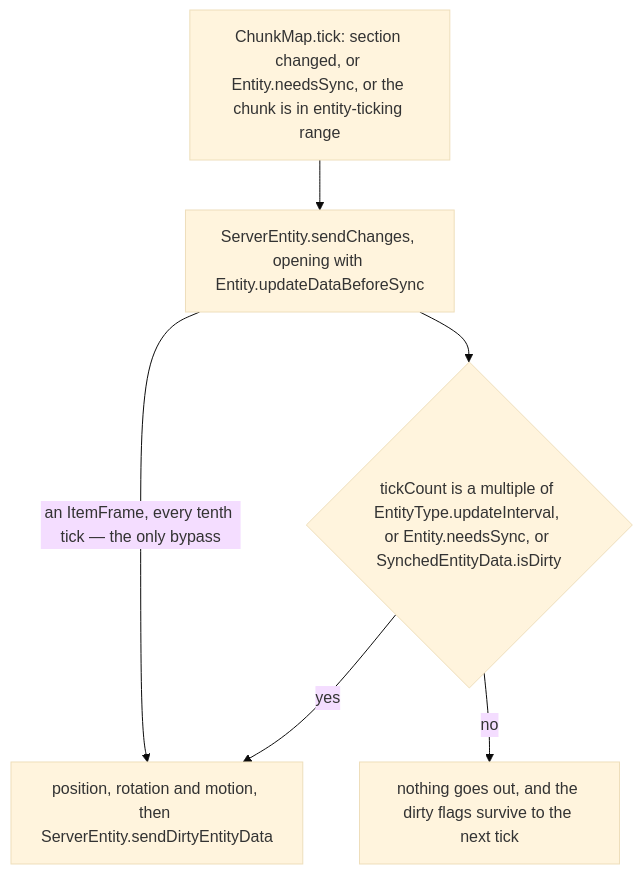
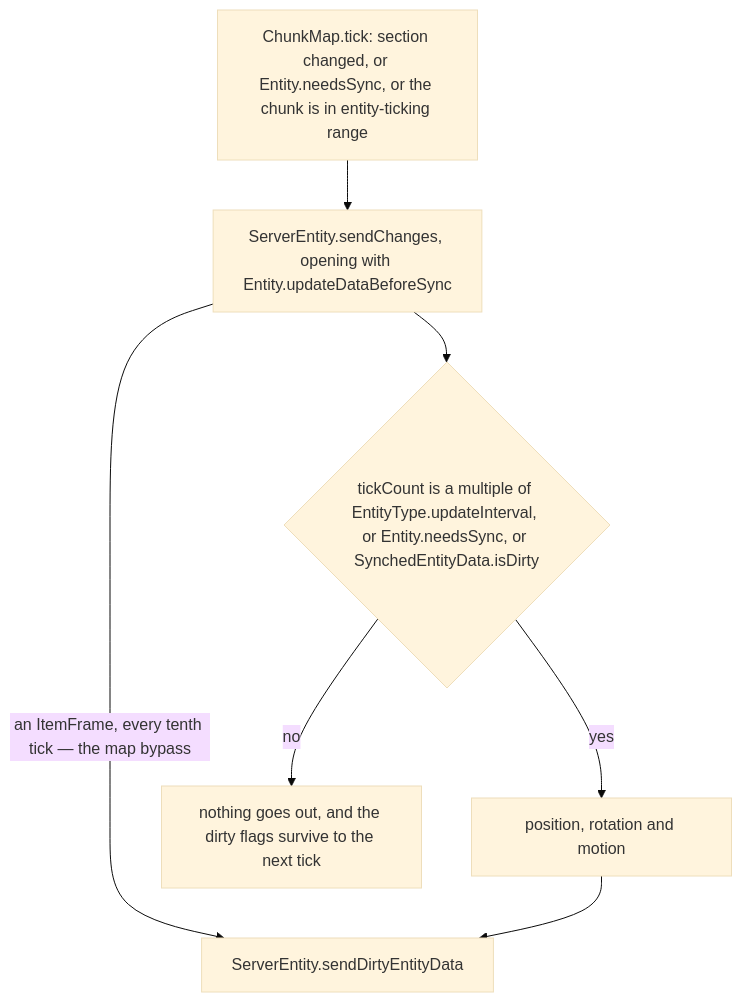
The second of 2 diagrams in src/systems/entities/synched-entity-data.md (AlexanderjFraser/MinecraftDocs), drawn with Mermaid (base theme) before and after one commit. The commit also changed other lines of this file and 3 other files, not shown here.

````diff
--- a/src/systems/entities/synched-entity-data.md
+++ b/src/systems/entities/synched-entity-data.md
@@ -245,8 +248,8 @@
 ```mermaid
 flowchart TD
     IN["ChunkMap.tick: section changed, or Entity.needsSync, or the chunk is in entity-ticking range"] --> SC["ServerEntity.sendChanges, opening with Entity.updateDataBeforeSync"]
-    SC -->|"an ItemFrame, every tenth tick — the only bypass"| SEND
+    SC -->|"an ItemFrame, every tenth tick — the map bypass"| DATA["ServerEntity.sendDirtyEntityData"]
     SC --> GATE{"tickCount is a multiple of EntityType.updateInterval, or Entity.needsSync, or SynchedEntityData.isDirty"}
-    GATE -->|"yes"| SEND["position, rotation and motion, then ServerEntity.sendDirtyEntityData"]
+    GATE -->|"yes"| SEND["position, rotation and motion"] --> DATA
     GATE -->|"no"| HOLD["nothing goes out, and the dirty flags survive to the next tick"]
 ```
````
